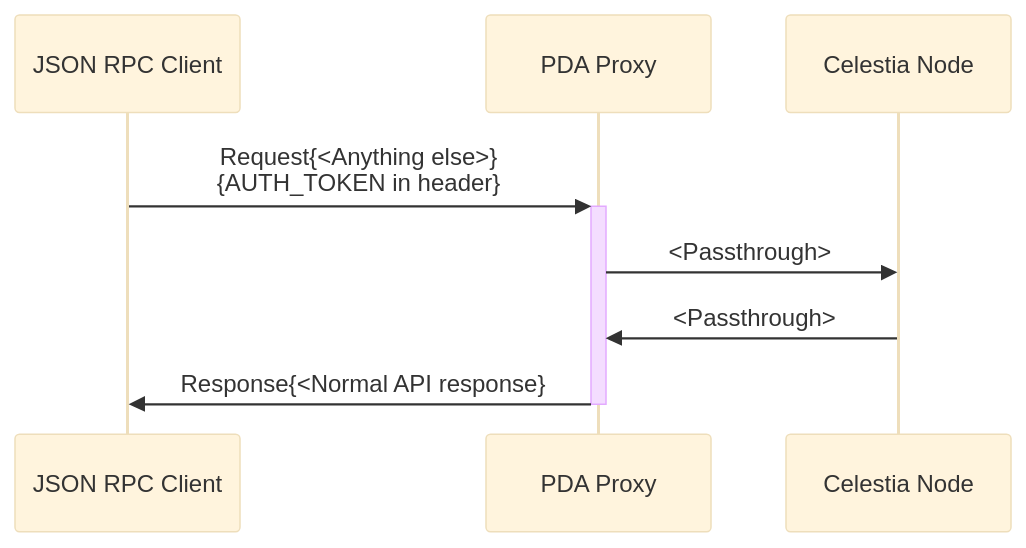
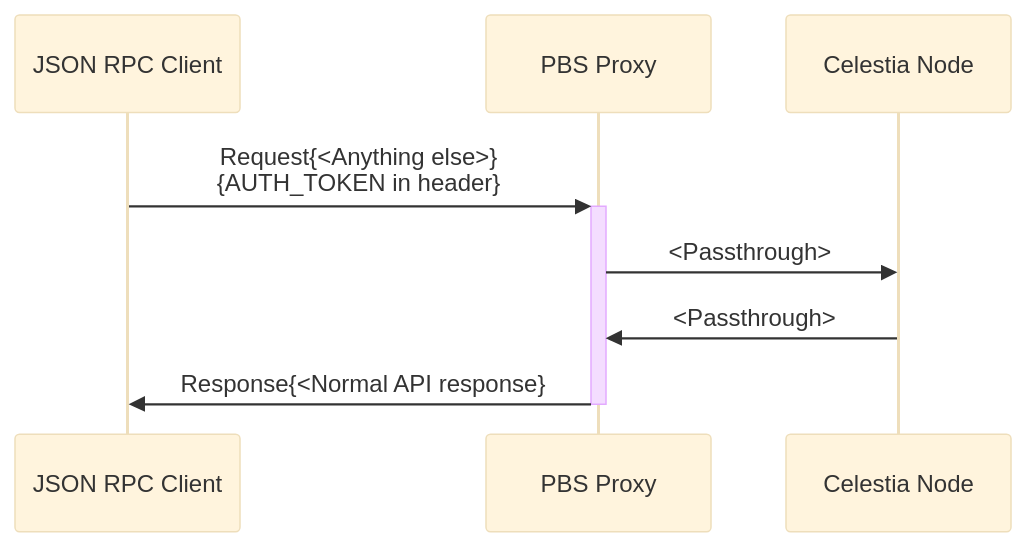
The third of 3 diagrams in README.md (celestiaorg/private-blockspace-proxy), drawn with Mermaid (base theme) before and after one commit. The commit also changed other lines of this file and 15 other files, not shown here.

````diff
--- a/README.md
+++ b/README.md
@@ -112,11 +99,11 @@
 ```mermaid
 sequenceDiagram
     participant JSON RPC Client
-    participant PDA Proxy
+    participant PBS Proxy
     participant Celestia Node
 
-    JSON RPC Client->>+PDA Proxy: Request{<Anything else>}<br>{AUTH_TOKEN in header}
-    PDA Proxy->>Celestia Node: <Passthrough>
-    Celestia Node->>PDA Proxy: <Passthrough>
-    PDA Proxy->>-JSON RPC Client: Response{<Normal API response}
+    JSON RPC Client->>+PBS Proxy: Request{<Anything else>}<br>{AUTH_TOKEN in header}
+    PBS Proxy->>Celestia Node: <Passthrough>
+    Celestia Node->>PBS Proxy: <Passthrough>
+    PBS Proxy->>-JSON RPC Client: Response{<Normal API response}
 ```
````
